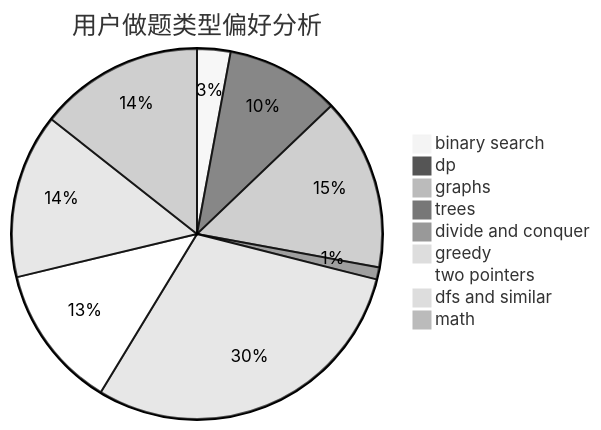
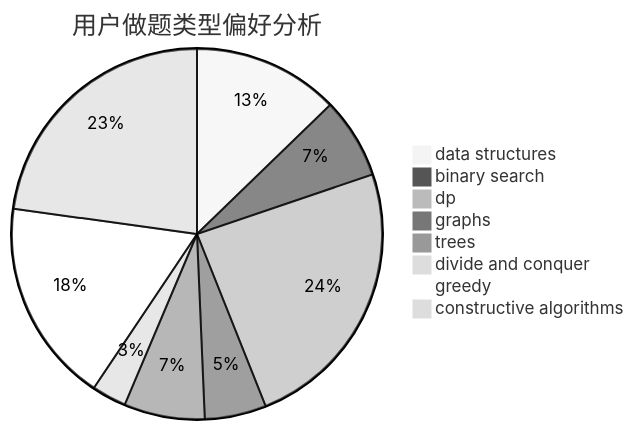
One commit to sherpahu/cfrs.github.io changed the second of 3 diagrams in docs/user/u1932.md. Above: the diagram before and after it, drawn with Mermaid (neutral theme). The commit also changed other lines of this file and 2775 other files, not shown here.

````diff
--- a/docs/user/u1932.md
+++ b/docs/user/u1932.md
@@ -23,12 +23,11 @@
 ```mermaid
 pie title 用户做题类型偏好分析
-    "binary search" :  58
-    "dp" :  198
-    "graphs" :  299
+    "data structures" :  38
+    "binary search" :  21
+    "dp" :  72
+    "graphs" :  16
     "trees" :  21
     "divide and conquer" :  9
-    "greedy" :  592
-    "two pointers" :  250
-    "dfs and similar" :  286
-    "math" :  286
+    "greedy" :  53
+    "constructive algorithms" :  68
 ```
````
